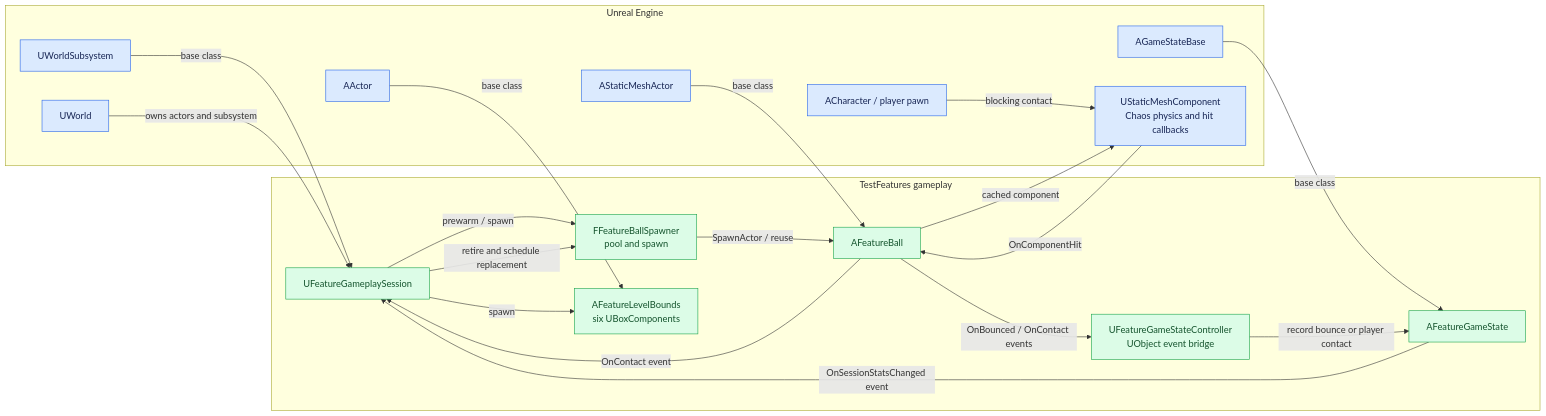
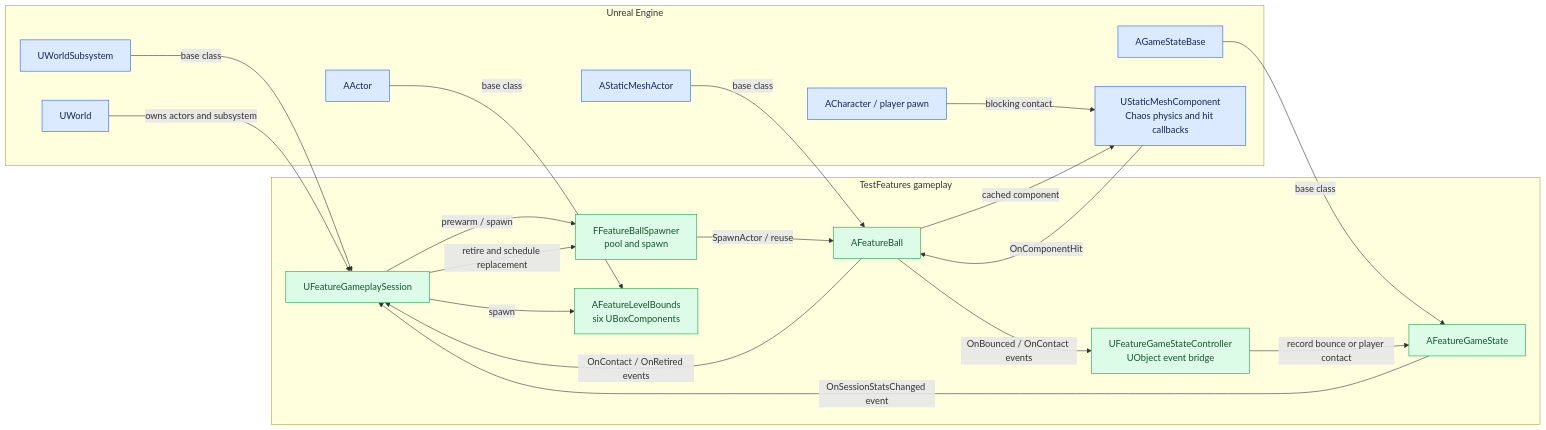
One commit to chaotive/test_UE_584_G1_c changed the second of 4 diagrams in README.md. Above: the diagram before and after it, drawn with Mermaid. The commit also changed other lines of this file and 10 other files, not shown here.

````diff
--- a/README.md
+++ b/README.md
@@ -124,40 +124,40 @@
 ```mermaid
 flowchart LR
     subgraph UE["Unreal Engine"]
         World["UWorld"]
         StaticActor["AStaticMeshActor"]
         StateBase["AGameStateBase"]
         ActorBase["AActor"]
         WorldSub["UWorldSubsystem"]
         Pawn["ACharacter / player pawn"]
         Physics["UStaticMeshComponent<br/>Chaos physics and hit callbacks"]
     end
     subgraph Game["TestFeatures gameplay"]
         Session["UFeatureGameplaySession"]
         Pool["FFeatureBallSpawner<br/>pool and spawn"]
         Ball["AFeatureBall"]
         Bounds["AFeatureLevelBounds<br/>six UBoxComponents"]
         Bridge["UFeatureGameStateController<br/>UObject event bridge"]
         State["AFeatureGameState"]
     end
     WorldSub -->|"base class"| Session
     StaticActor -->|"base class"| Ball
     StateBase -->|"base class"| State
     ActorBase -->|"base class"| Bounds
     World -->|"owns actors and subsystem"| Session
     Session -->|"prewarm / spawn"| Pool
     Session -->|"spawn"| Bounds
     Pool -->|"SpawnActor / reuse"| Ball
     Ball -->|"cached component"| Physics
     Physics -->|"OnComponentHit"| Ball
     Pawn -->|"blocking contact"| Physics
     Ball -->|"OnBounced / OnContact events"| Bridge
     Bridge -->|"record bounce or player contact"| State
-    Ball -->|"OnContact event"| Session
+    Ball -->|"OnContact / OnRetired events"| Session
     Session -->|"retire and schedule replacement"| Pool
     State -->|"OnSessionStatsChanged event"| Session
     classDef engine fill:#dbeafe,stroke:#2563eb,color:#172554
     classDef feature fill:#dcfce7,stroke:#16a34a,color:#14532d
     class World,StaticActor,StateBase,ActorBase,WorldSub,Pawn,Physics engine
     class Session,Pool,Ball,Bounds,Bridge,State feature
 ```
````
